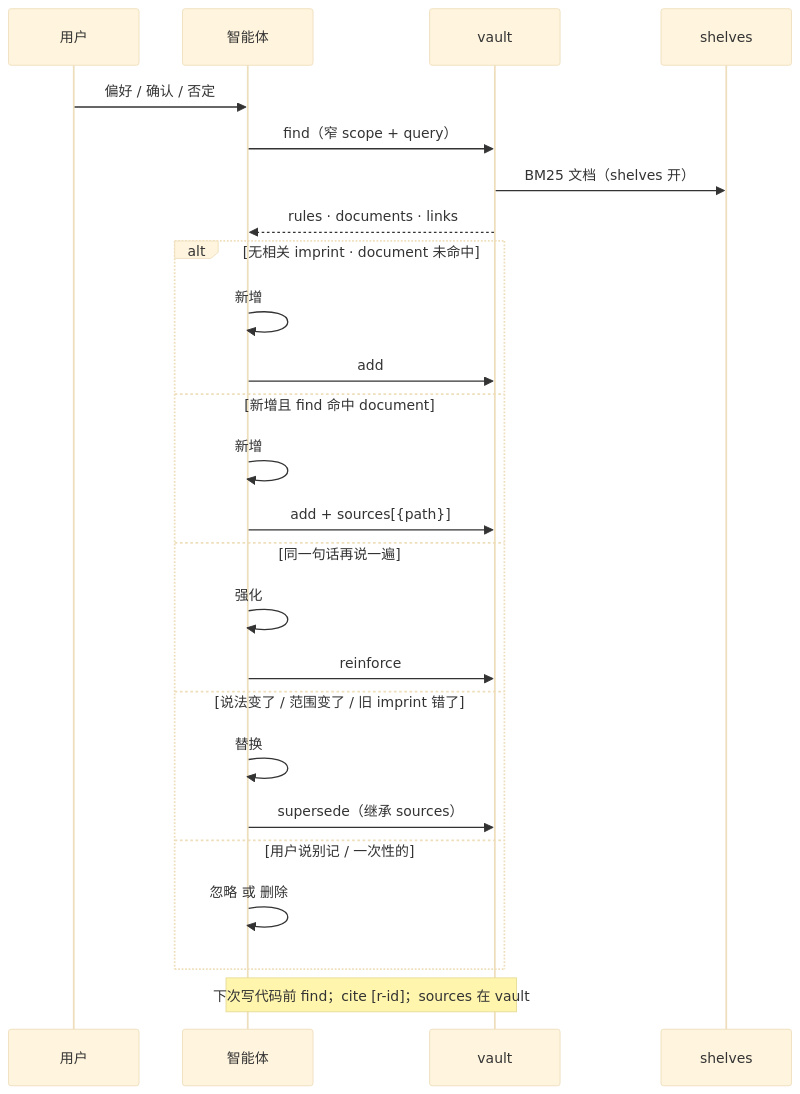
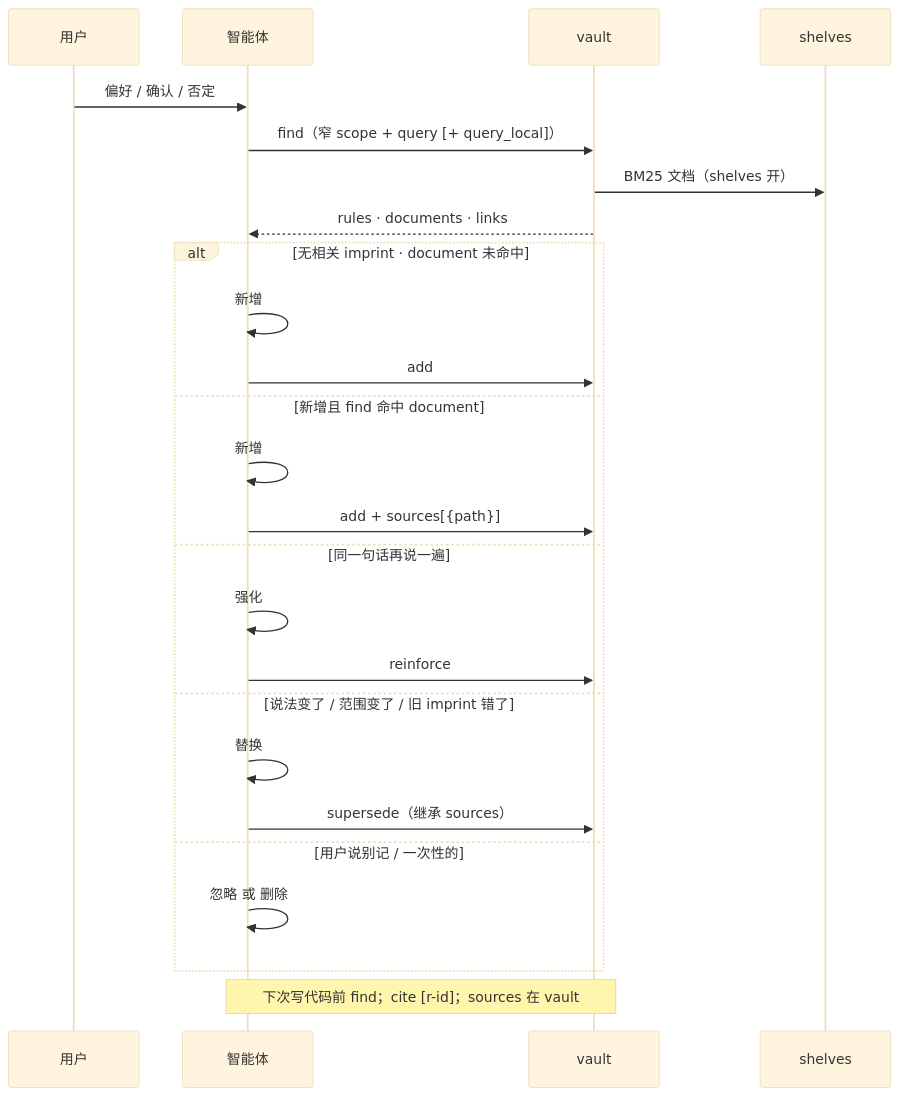
Before and after one commit to SteamedBread2333/imprint: the diagram in docs/correction.zh.md, drawn with Mermaid (base theme). The commit also changed other lines of this file and 34 other files, not shown here.

````diff
--- a/docs/correction.zh.md
+++ b/docs/correction.zh.md
@@ -21,30 +21,30 @@
 ```mermaid
 sequenceDiagram
   participant U as 用户
   participant A as 智能体
   participant V as vault
   participant S as shelves
 
   U->>A: 偏好 / 确认 / 否定
-  A->>V: find（窄 scope + query）
+  A->>V: find（窄 scope + query [+ query_local]）
   V->>S: BM25 文档（shelves 开）
   V-->>A: rules · documents · links
 
   alt 无相关 imprint · document 未命中
     A->>A: 新增
     A->>V: add
   else 新增且 find 命中 document
     A->>A: 新增
     A->>V: add + sources[{path}]
   else 同一句话再说一遍
     A->>A: 强化
     A->>V: reinforce
   else 说法变了 / 范围变了 / 旧 imprint 错了
     A->>A: 替换
     A->>V: supersede（继承 sources）
   else 用户说别记 / 一次性的
     A->>A: 忽略 或 删除
   end
 
   Note over A,V: 下次写代码前 find；cite [r-id]；sources 在 vault
 ```
````
